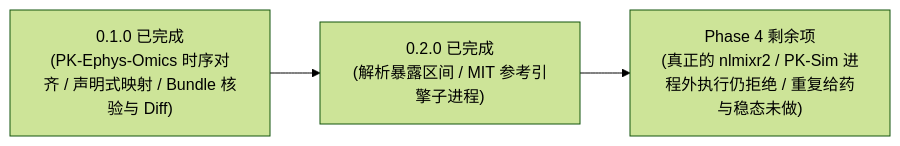
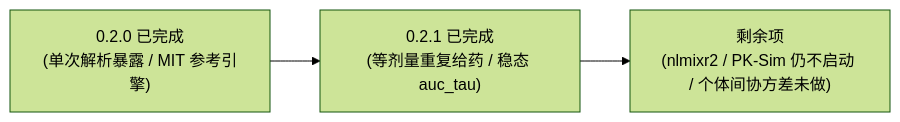
Before and after one commit to JianyunZhang/PharmacoWeave: the second of 2 diagrams in docs/project-evaluation.md, drawn with Mermaid (forest theme). The commit also changed other lines of this file and 20 other files, not shown here.

````diff
--- a/docs/project-evaluation.md
+++ b/docs/project-evaluation.md
@@ -67,5 +67,5 @@
 ```mermaid
 flowchart LR
-    M8["0.1.0 已完成<br/>(PK-Ephys-Omics 时序对齐 / 声明式映射 / Bundle 核验与 Diff)"] --> M9["0.2.0 已完成<br/>(解析暴露区间 / MIT 参考引擎子进程)"]
-    M9 --> P4["Phase 4 剩余项<br/>(真正的 nlmixr2 / PK-Sim 进程外执行仍拒绝 / 重复给药与稳态未做)"]
+    M9["0.2.0 已完成<br/>(单次解析暴露 / MIT 参考引擎)"] --> M10["0.2.1 已完成<br/>(等剂量重复给药 / 稳态 auc_tau)"]
+    M10 --> P4["剩余项<br/>(nlmixr2 / PK-Sim 仍不启动 / 个体间协方差未做)"]
 ```
````
